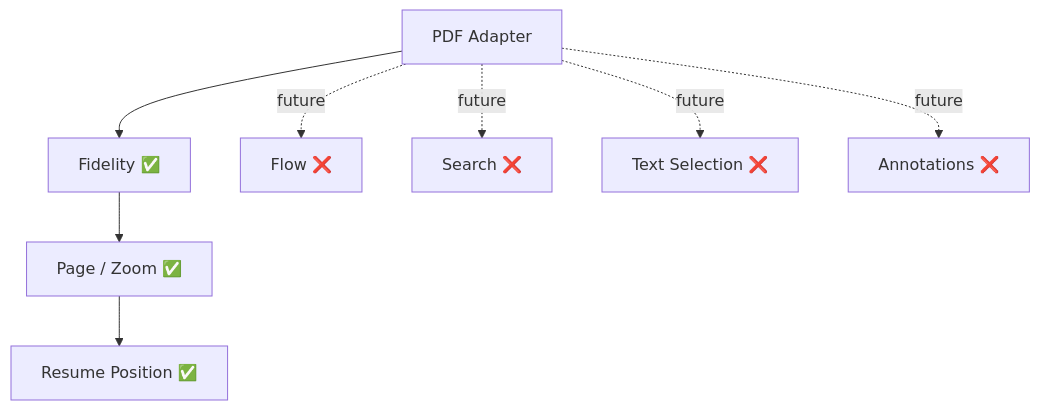
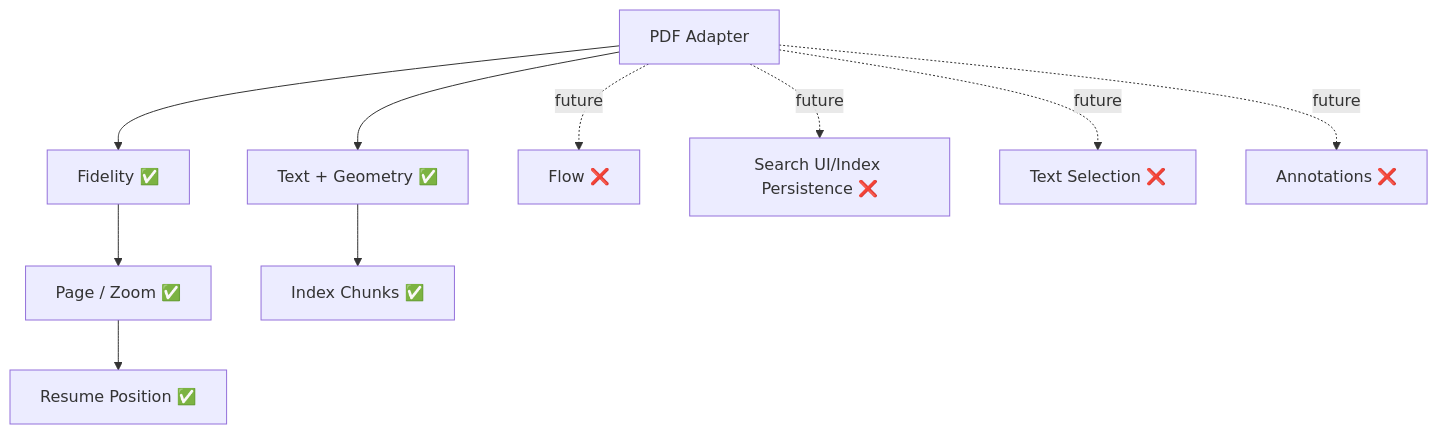
Before and after one commit to aaditya140103/kola: the sixth of 12 diagrams in docs/PROJECT_GRAPH.md, drawn with Mermaid. The commit also changed other lines of this file, not shown here.

Commit message:
docs: add PDF text extraction pipeline

````diff
--- a/docs/PROJECT_GRAPH.md
+++ b/docs/PROJECT_GRAPH.md
@@ -93,17 +104,20 @@
 ```mermaid
 flowchart TD
     PDF[PDF Adapter]
     Fidelity[Fidelity ✅]
     Nav[Page / Zoom ✅]
     Resume[Resume Position ✅]
+    Extract[Text + Geometry ✅]
+    Index[Index Chunks ✅]
     Flow[Flow ❌]
-    Search[Search ❌]
+    Search[Search UI/Index Persistence ❌]
     Select[Text Selection ❌]
     Annotate[Annotations ❌]
 
     PDF --> Fidelity --> Nav --> Resume
+    PDF --> Extract --> Index
     PDF -. future .-> Flow
     PDF -. future .-> Search
     PDF -. future .-> Select
     PDF -. future .-> Annotate
 ```
````
